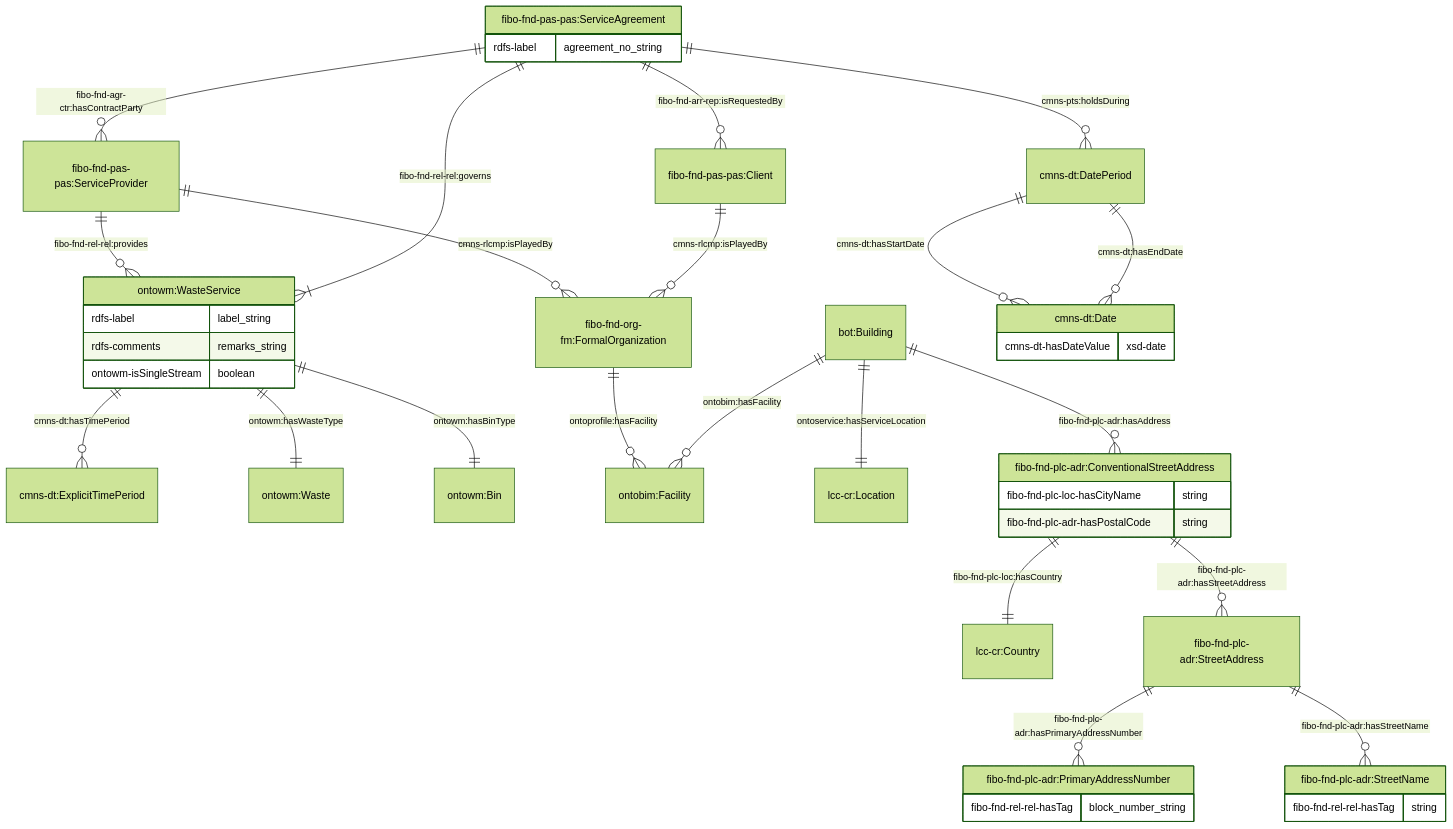
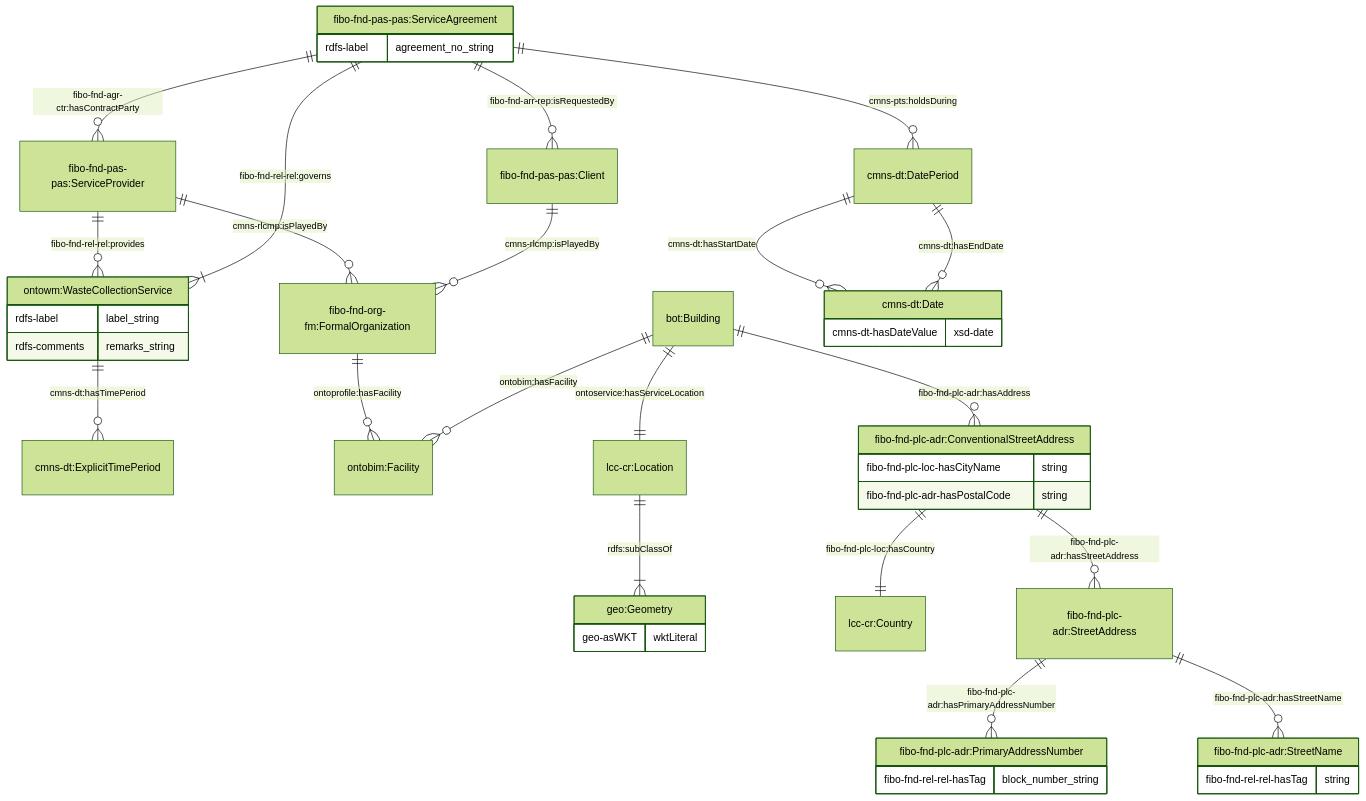
The first of 10 diagrams in JPS_Ontology/ontology/ontowastemanagement/README.md (cambridge-cares/TheWorldAvatar), drawn with Mermaid (forest theme) before and after one commit. The commit also changed other lines of this file and 3 other files, not shown here.

Commit message:
dev-ontowastemanagement: Improve representation for the computation of waste disposed and the relationships associated with the waste disposal location

````diff
--- a/JPS_Ontology/ontology/ontowastemanagement/README.md
+++ b/JPS_Ontology/ontology/ontowastemanagement/README.md
@@ -67,51 +70,53 @@
 ```mermaid
     erDiagram
     "fibo-fnd-pas-pas:ServiceAgreement" {
         rdfs-label agreement_no_string
     }
     "fibo-fnd-pas-pas:ServiceAgreement" ||--o{ "fibo-fnd-pas-pas:Client" : "fibo-fnd-arr-rep:isRequestedBy"
     "fibo-fnd-pas-pas:ServiceAgreement" ||--o{ "fibo-fnd-pas-pas:ServiceProvider" : "fibo-fnd-agr-ctr:hasContractParty"
 
     "fibo-fnd-pas-pas:ServiceProvider" ||--o{ "fibo-fnd-org-fm:FormalOrganization"  : "cmns-rlcmp:isPlayedBy"
-    "fibo-fnd-pas-pas:ServiceProvider" ||--o{ "ontowm:WasteService"  : "fibo-fnd-rel-rel:provides"
+    "fibo-fnd-pas-pas:ServiceProvider" ||--o{ "ontowm:WasteCollectionService"  : "fibo-fnd-rel-rel:provides"
 
     "fibo-fnd-pas-pas:Client" ||--o{ "fibo-fnd-org-fm:FormalOrganization"  : "cmns-rlcmp:isPlayedBy"
 
-    "fibo-fnd-pas-pas:ServiceAgreement" ||--|{ "ontowm:WasteService" : "fibo-fnd-rel-rel:governs"
-    "ontowm:WasteService" ||--o{ "cmns-dt:ExplicitTimePeriod" : "cmns-dt:hasTimePeriod"
-    "ontowm:WasteService" ||--|| "ontowm:Waste" : "ontowm:hasWasteType"
-    "ontowm:WasteService" ||--|| "ontowm:Bin" : "ontowm:hasBinType"
-    "ontowm:WasteService" {
+    "fibo-fnd-pas-pas:ServiceAgreement" ||--|{ "ontowm:WasteCollectionService" : "fibo-fnd-rel-rel:governs"
+    "ontowm:WasteCollectionService" ||--o{ "cmns-dt:ExplicitTimePeriod" : "cmns-dt:hasTimePeriod"
+    "ontowm:WasteCollectionService" {
         rdfs-label label_string
         rdfs-comments remarks_string
-        ontowm-isSingleStream boolean
     }
 
     "fibo-fnd-org-fm:FormalOrganization" ||--o{ "ontobim:Facility" : "ontoprofile:hasFacility "
 
     "bot:Building" ||--|| "lcc-cr:Location" : "ontoservice:hasServiceLocation"
+    "lcc-cr:Location" ||--|{ "geo:Geometry" : "rdfs:subClassOf"
+    "geo:Geometry" {
+        geo-asWKT wktLiteral
+    }
+
     "bot:Building" ||--o{ "ontobim:Facility" : "ontobim:hasFacility "
     "bot:Building" ||--o{ "fibo-fnd-plc-adr:ConventionalStreetAddress" : "fibo-fnd-plc-adr:hasAddress"
     "fibo-fnd-plc-adr:ConventionalStreetAddress" ||--|| "lcc-cr:Country" : "fibo-fnd-plc-loc:hasCountry"
     "fibo-fnd-plc-adr:ConventionalStreetAddress" ||--o{ "fibo-fnd-plc-adr:StreetAddress" : "fibo-fnd-plc-adr:hasStreetAddress"
     "fibo-fnd-plc-adr:ConventionalStreetAddress" {
         fibo-fnd-plc-loc-hasCityName string
         fibo-fnd-plc-adr-hasPostalCode string
     }
     "fibo-fnd-plc-adr:StreetAddress" ||--o{ "fibo-fnd-plc-adr:PrimaryAddressNumber" : "fibo-fnd-plc-adr:hasPrimaryAddressNumber"
     "fibo-fnd-plc-adr:StreetAddress" ||--o{ "fibo-fnd-plc-adr:StreetName" : "fibo-fnd-plc-adr:hasStreetName"
 
     "fibo-fnd-plc-adr:PrimaryAddressNumber" {
         fibo-fnd-rel-rel-hasTag block_number_string
     }
     "fibo-fnd-plc-adr:StreetName" {
         fibo-fnd-rel-rel-hasTag string
     }
 
     "fibo-fnd-pas-pas:ServiceAgreement" ||--o{ "cmns-dt:DatePeriod" : "cmns-pts:holdsDuring"
     "cmns-dt:DatePeriod" ||--o{ "cmns-dt:Date" : "cmns-dt:hasStartDate"
     "cmns-dt:DatePeriod" ||--o{ "cmns-dt:Date" : "cmns-dt:hasEndDate"
     "cmns-dt:Date" {
         cmns-dt-hasDateValue xsd-date
     }
 ```
````
